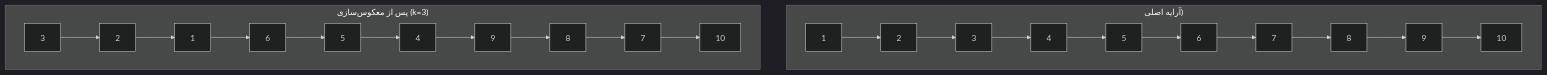
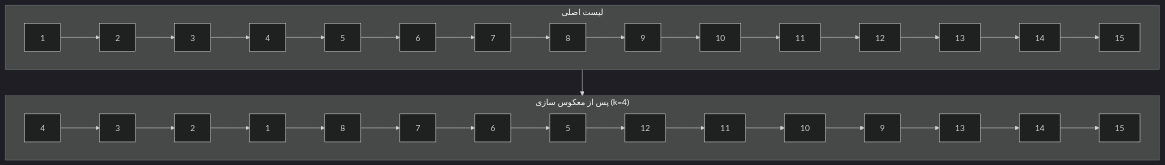
The diagram in 9T.md (smhnaghavi/Paya), drawn with Mermaid (dark theme) before and after one commit.

````diff
--- a/9T.md
+++ b/9T.md
@@ -60,12 +60,14 @@
 ```mermaid
 graph TB
-    subgraph Original["آرایه اصلی)"]
+    subgraph Original["لیست اصلی"]
         direction LR
-        O1[1] --> O2[2] --> O3[3] --> O4[4] --> O5[5] --> O6[6] --> O7[7] --> O8[8] --> O9[9] --> O10[10]
+        O1[1] --> O2[2] --> O3[3] --> O4[4] --> O5[5] --> O6[6] --> O7[7] --> O8[8] --> O9[9] --> O10[10] --> O11[11] --> O12[12] --> O13[13] --> O14[14] --> O15[15]
     end
     
-    subgraph Reversed_k_3["پس از معکوس‌سازی (k=3)"]
+    subgraph Reversed["پس از معکوس سازی (k=4)"]
         direction LR
-        R3[3] --> R2[2] --> R1[1] --> R6[6] --> R5[5] --> R4[4] --> R9[9] --> R8[8] --> R7[7] --> R10[10]
+        R4[4] --> R3[3] --> R2[2] --> R1[1] --> R8[8] --> R7[7] --> R6[6] --> R5[5] --> R12[12] --> R11[11] --> R10[10] --> R9[9] --> R13[13] --> R14[14] --> R15[15]
     end
+    
+    Original --> Reversed
 ```
````
